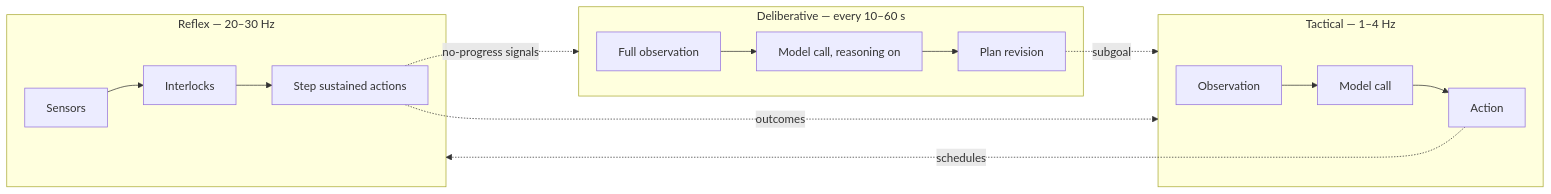
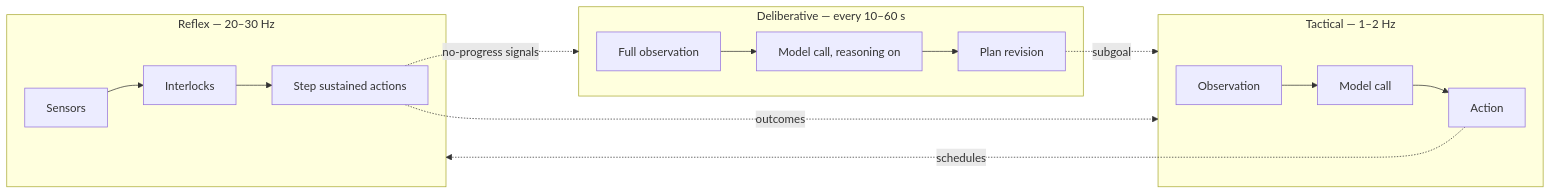
One commit to m4tr1x-dev/afk-agent changed the first of 3 diagrams in docs/spec/05-reasoning-loop.md. Above: the diagram before and after it, drawn with Mermaid. The commit also changed other lines of this file and 15 other files, not shown here.

````diff
--- a/docs/spec/05-reasoning-loop.md
+++ b/docs/spec/05-reasoning-loop.md
@@ -33,17 +33,17 @@
 ```mermaid
 flowchart LR
     subgraph fast["Reflex — 20–30 Hz"]
         s["Sensors"] --> i["Interlocks"] --> e["Step sustained actions"]
     end
-    subgraph mid["Tactical — 1–4 Hz"]
+    subgraph mid["Tactical — 1–2 Hz"]
         o["Observation"] --> m1["Model call"] --> a["Action"]
     end
     subgraph slow["Deliberative — every 10–60 s"]
         d["Full observation"] --> m2["Model call, reasoning on"] --> p["Plan revision"]
     end
 
     p -.->|subgoal| mid
     a -.->|schedules| fast
     e -.->|outcomes| mid
     e -.->|no-progress signals| slow
 ```
````
